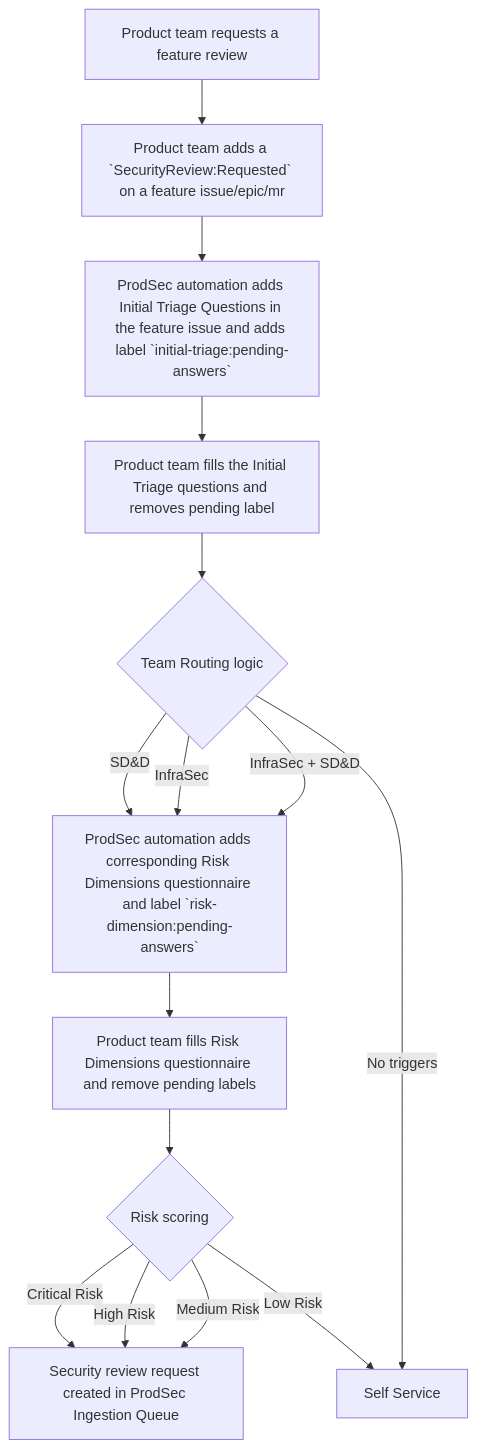
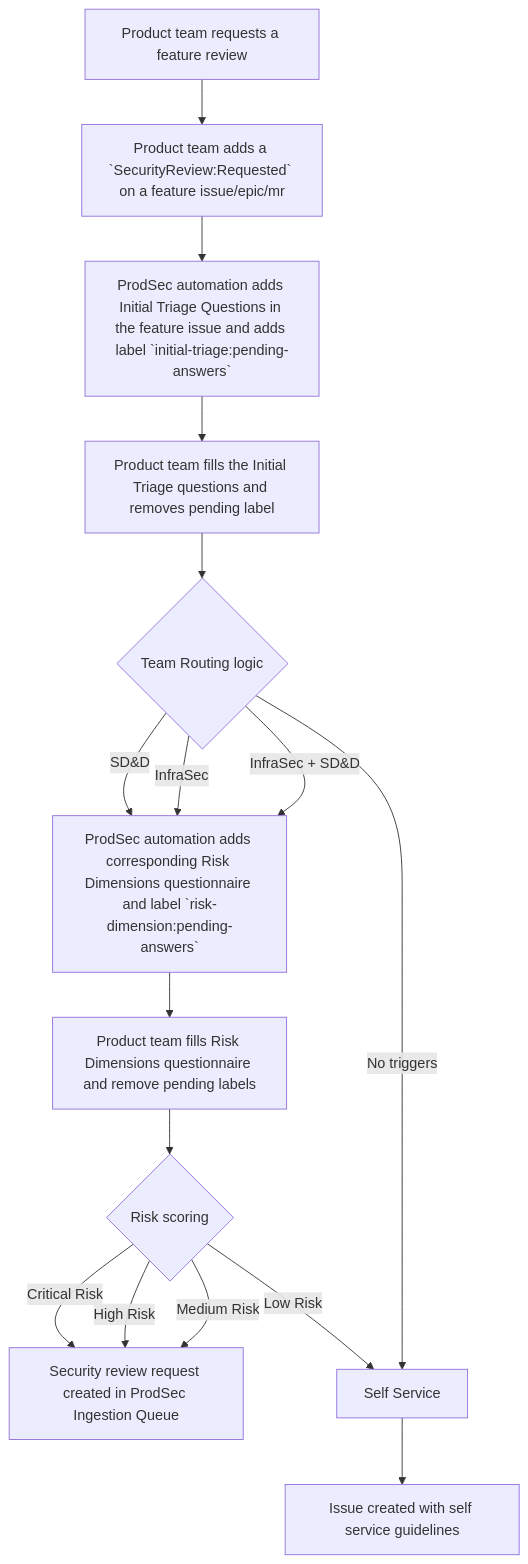
The diagram in content/handbook/security/product-security/security-review-framework.md (zalyoung/gitlab-handbook), drawn with Mermaid before and after one commit.

Commit message:
Create issue for self service

````diff
--- a/content/handbook/security/product-security/security-review-framework.md
+++ b/content/handbook/security/product-security/security-review-framework.md
@@ -40,18 +40,19 @@
 ```mermaid
 flowchart TD
 
     A[Product team requests a feature review] -->B[Product team adds a `SecurityReview:Requested` on a feature issue/epic/mr]
     B --> C[ProdSec automation adds Initial Triage Questions in the feature issue and adds label `initial-triage:pending-answers`]
     C --> D[Product team fills the Initial Triage questions and removes pending label]
     D --> F{Team Routing logic}
     F --> |SD&D| G[ProdSec automation adds Risk Dimensions questionnaire']
     F --> |InfraSec| G[ProdSec automation adds Risk Dimensions questionnaire]
     F --> |InfraSec + SD&D | G[ProdSec automation adds corresponding Risk Dimensions questionnaire and label `risk-dimension:pending-answers`]
     G --> I[Product team fills Risk Dimensions questionnaire and remove pending labels]
     I --> J{Risk scoring}
     J --> |Critical Risk| K[Security review request created in ProdSec Ingestion Queue]
     J --> |High Risk| K[Security review request created in ProdSec Ingestion Queue]
     J --> |Medium Risk| K[Security review request created in ProdSec Ingestion Queue]
     J --> |Low Risk| L[Self Service]
     F --> |No triggers| L
+    L --> M[Issue created with self service guidelines]
 ```
````
